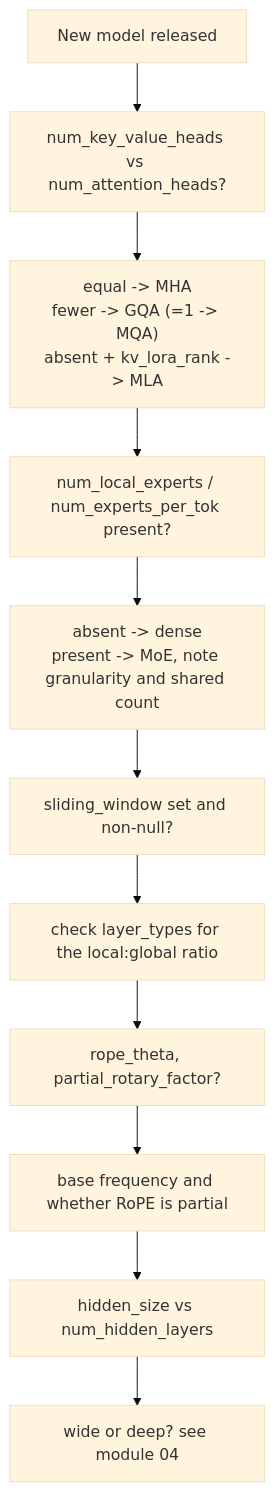
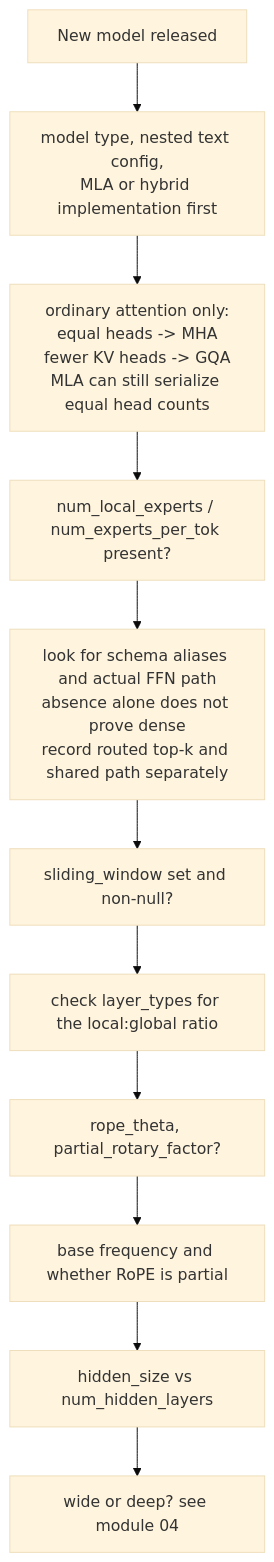
The second of 2 diagrams in content/courses/transformers/15-modern-architecture-case-studies.md (alliedbrother/ml-interview-notes), drawn with Mermaid (base theme) before and after one commit. The commit also changed other lines of this file and 88 other files, not shown here.

````diff
--- a/content/courses/transformers/15-modern-architecture-case-studies.md
+++ b/content/courses/transformers/15-modern-architecture-case-studies.md
@@ -406,13 +415,13 @@
 ```mermaid
 flowchart TD
-    S["New model released"] --> Q1["num_key_value_heads vs num_attention_heads?"]
-    Q1 --> A1["equal -&gt; MHA<br/>fewer -&gt; GQA (=1 -&gt; MQA)<br/>absent + kv_lora_rank -&gt; MLA"]
+    S["New model released"] --> Q1["model type, nested text config,<br/>MLA or hybrid implementation first"]
+    Q1 --> A1["ordinary attention only:<br/>equal heads -&gt; MHA<br/>fewer KV heads -&gt; GQA<br/>MLA can still serialize equal head counts"]
     A1 --> Q2["num_local_experts / num_experts_per_tok present?"]
-    Q2 --> A2["absent -&gt; dense<br/>present -&gt; MoE, note granularity and shared count"]
+    Q2 --> A2["look for schema aliases and actual FFN path<br/>absence alone does not prove dense<br/>record routed top-k and shared path separately"]
     A2 --> Q3["sliding_window set and non-null?"]
     Q3 --> A3["check layer_types for the local:global ratio"]
     A3 --> Q4["rope_theta, partial_rotary_factor?"]
     Q4 --> A4["base frequency and whether RoPE is partial"]
     A4 --> Q5["hidden_size vs num_hidden_layers"]
     Q5 --> A5["wide or deep? see module 04"]
 ```
````
